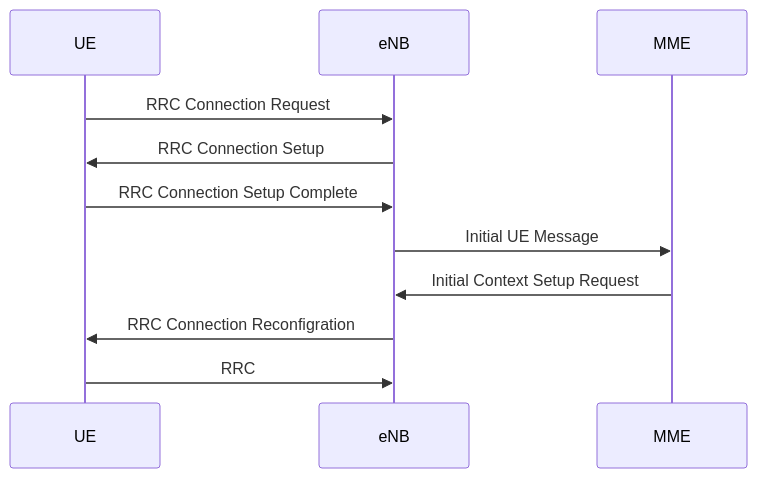
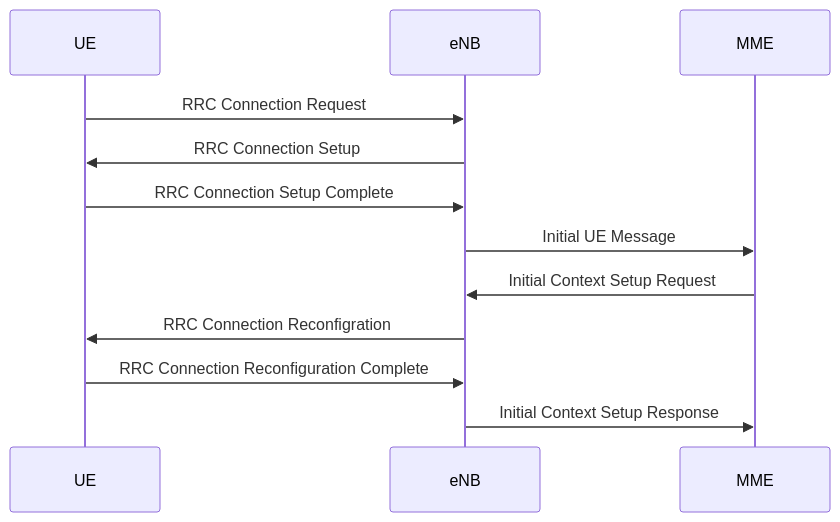
One commit to ThomasRochette/NoteCours changed the second of 2 diagrams in ARM.md. Above: the diagram before and after it, drawn with Mermaid. The commit also changed other lines of this file, not shown here.

Commit message:
Uploaded by https://stackedit.io/

````diff
--- a/ARM.md
+++ b/ARM.md
@@ -102,10 +102,11 @@
 ```mermaid
 sequenceDiagram
 UE ->> eNB: RRC Connection Request
 eNB ->> UE: RRC Connection Setup
 UE ->> eNB: RRC Connection Setup Complete
 eNB ->> MME: Initial UE Message
 MME ->> eNB: Initial Context Setup Request
 eNB ->> UE: RRC Connection Reconfigration 
-UE ->> eNB: RRC 
+UE ->> eNB: RRC Connection Reconfiguration Complete
+eNB ->> MME: Initial Context Setup Response
 ```
````
